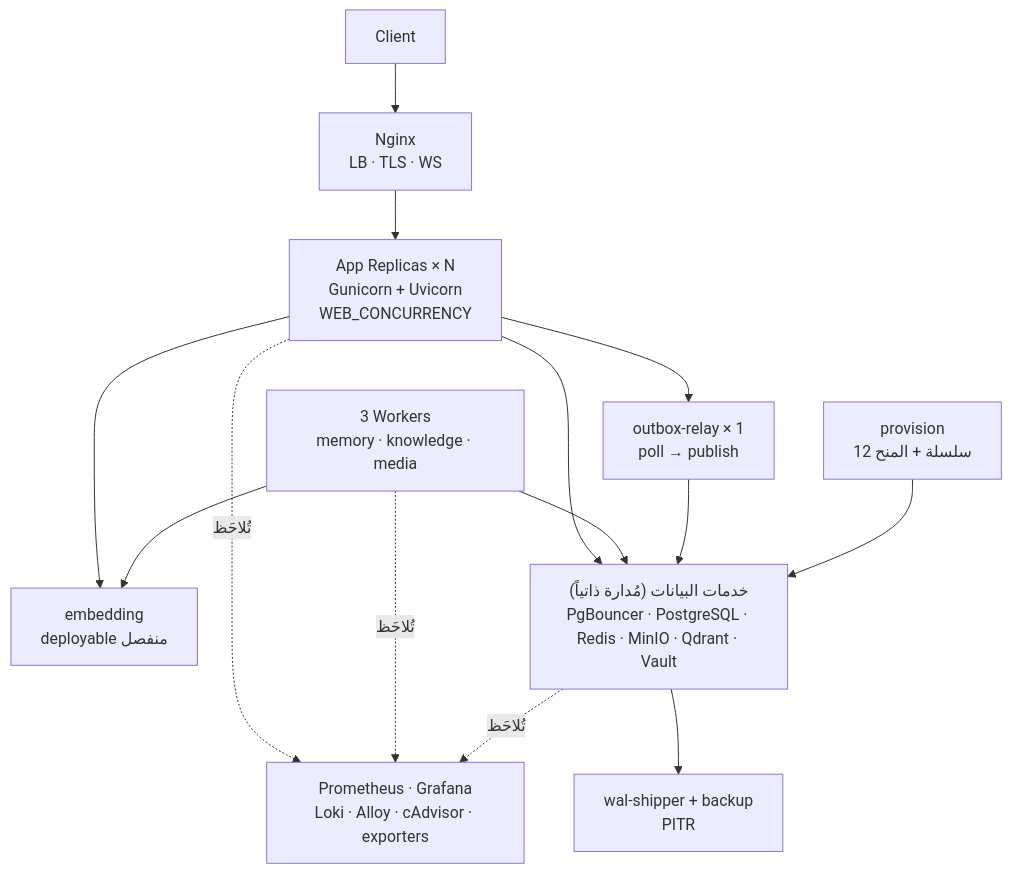
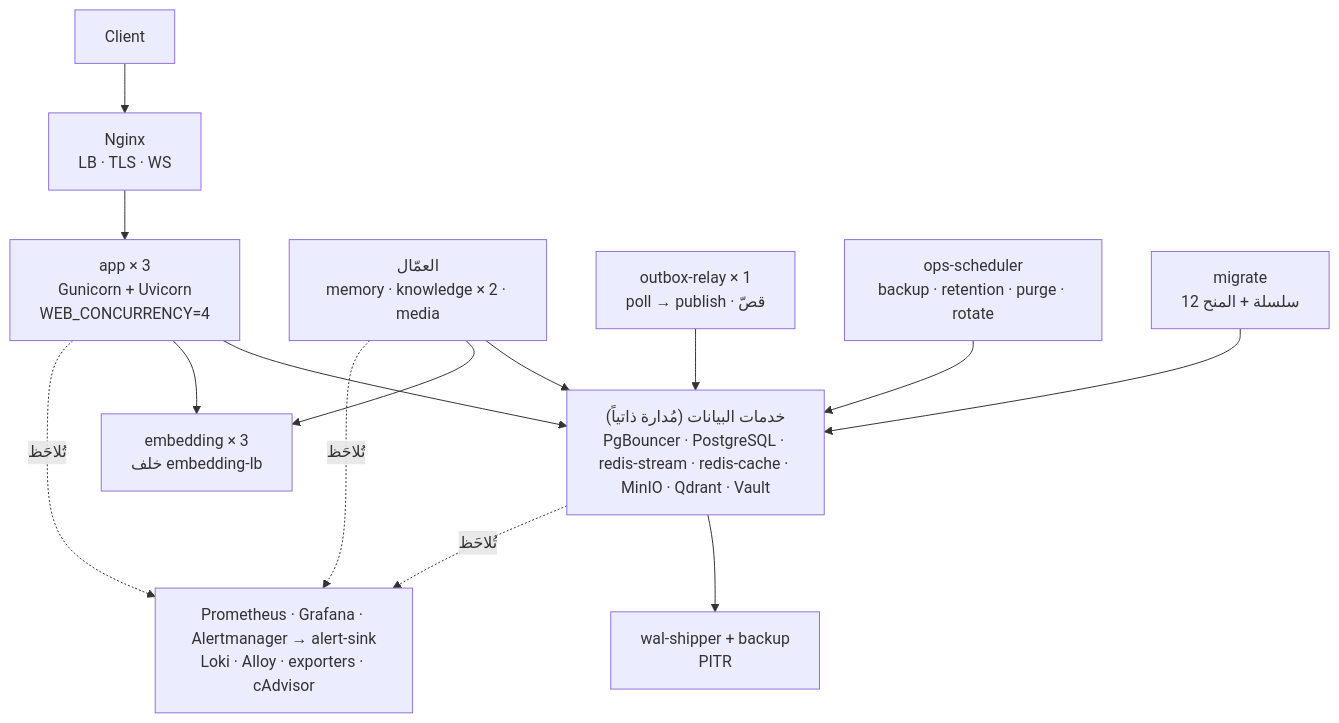
Before and after one commit to anastawahia/aizzak: the eighth of 8 diagrams in docs/architecture.md, drawn with Mermaid. The commit also changed other lines of this file and 1 other file, not shown here.

First line of the commit message:
docs: sync architecture doc to current code (v2.1)

````diff
--- a/docs/architecture.md
+++ b/docs/architecture.md
@@ -536,27 +631,28 @@
 ```mermaid
 graph TD
     Client["Client"]
     Nginx["Nginx<br/>LB · TLS · WS"]
-    App["App Replicas × N<br/>Gunicorn + Uvicorn<br/>WEB_CONCURRENCY"]
-    Worker["3 Workers<br/>memory · knowledge · media"]
-    Outbox["outbox-relay × 1<br/>poll → publish"]
-    Embed["embedding<br/>deployable منفصل"]
-    Provision["provision<br/>12 سلسلة + المنح"]
-    Data["خدمات البيانات (مُدارة ذاتياً)<br/>PgBouncer · PostgreSQL · Redis · MinIO · Qdrant · Vault"]
+    App["app × 3<br/>Gunicorn + Uvicorn<br/>WEB_CONCURRENCY=4"]
+    Worker["العمّال<br/>memory · knowledge × 2 · media"]
+    Outbox["outbox-relay × 1<br/>poll → publish · قصّ"]
+    Sched["ops-scheduler<br/>backup · retention · purge · rotate"]
+    Embed["embedding × 3<br/>خلف embedding-lb"]
+    Provision["migrate<br/>12 سلسلة + المنح"]
+    Data["خدمات البيانات (مُدارة ذاتياً)<br/>PgBouncer · PostgreSQL · redis-stream · redis-cache · MinIO · Qdrant · Vault"]
     Backup["wal-shipper + backup<br/>PITR"]
-    Obs["Prometheus · Grafana<br/>Loki · Alloy · cAdvisor · exporters"]
+    Obs["Prometheus · Grafana · Alertmanager → alert-sink<br/>Loki · Alloy · exporters · cAdvisor"]
 
     Client --> Nginx
     Nginx --> App
-    App --> Outbox
     App --> Data
     App --> Embed
     Worker --> Data
     Worker --> Embed
     Outbox --> Data
+    Sched --> Data
     Provision --> Data
     Data --> Backup
     App -. تُلاحَظ .-> Obs
     Worker -. تُلاحَظ .-> Obs
     Data -. تُلاحَظ .-> Obs
 ```
````
